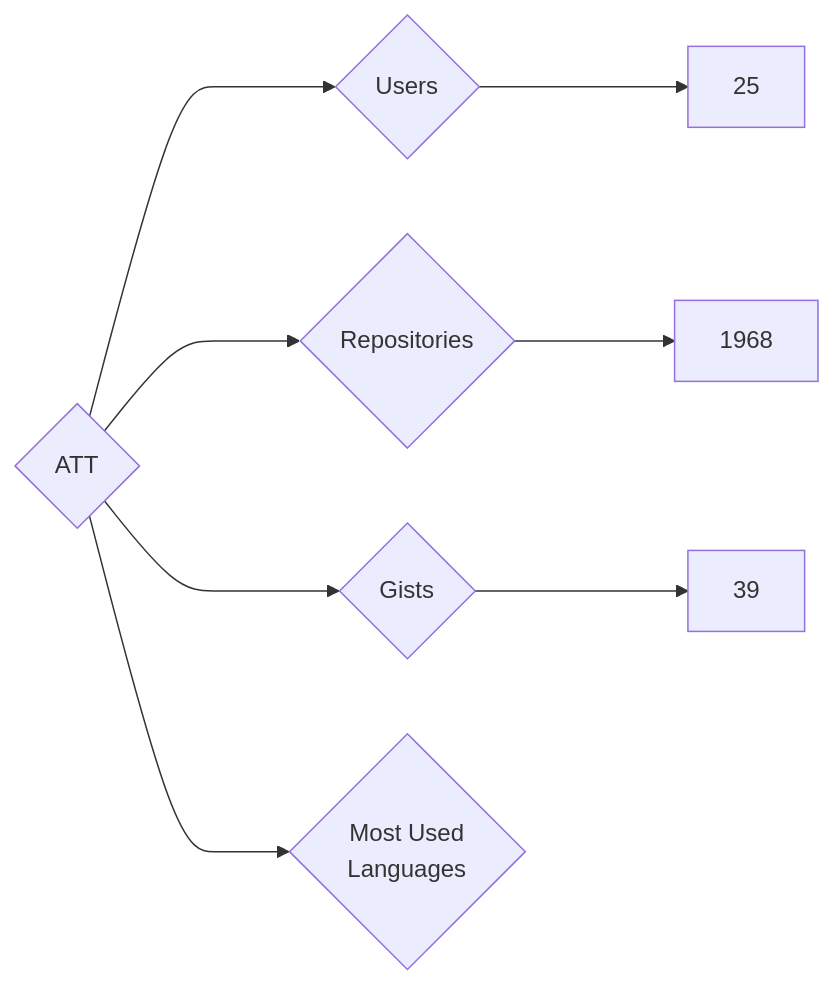
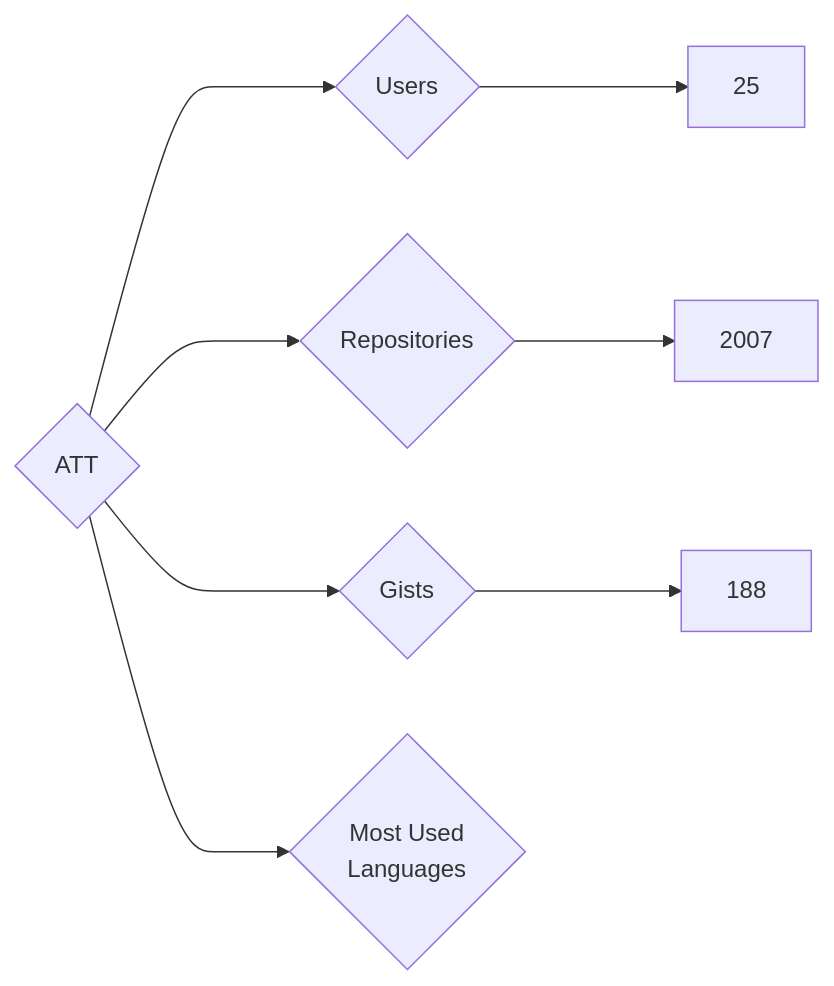
Before and after one commit to nenadzaric/insiders: the diagram in targets/ATT/README.md, drawn with Mermaid. The commit also changed 1342 other files, not shown here.

````diff
--- a/targets/ATT/README.md
+++ b/targets/ATT/README.md
@@ -3,8 +3,8 @@
 ```mermaid
 graph LR
 COMPANY_NAME{ATT}
 COMPANY_NAME ---> U{Users} ---> UN[25]
-COMPANY_NAME ---> R{Repositories} ---> RN[1968]
-COMPANY_NAME ---> G{Gists} ---> GN[39]
+COMPANY_NAME ---> R{Repositories} ---> RN[2007]
+COMPANY_NAME ---> G{Gists} ---> GN[188]
 COMPANY_NAME ---> ML{Most Used<br>Languages}
 ```
````
